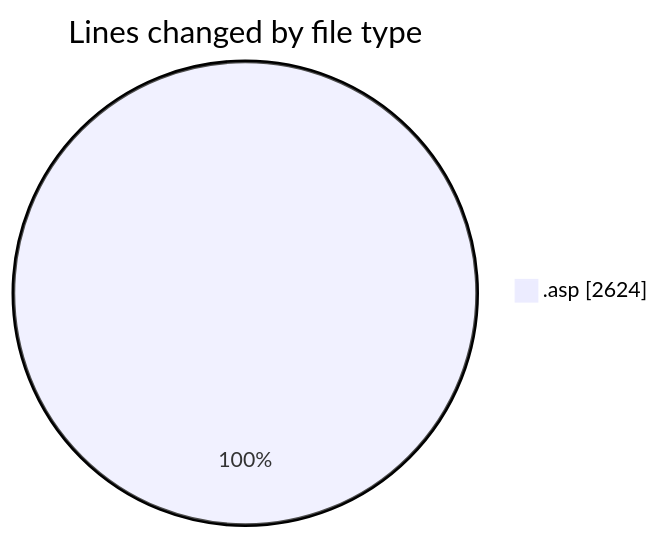
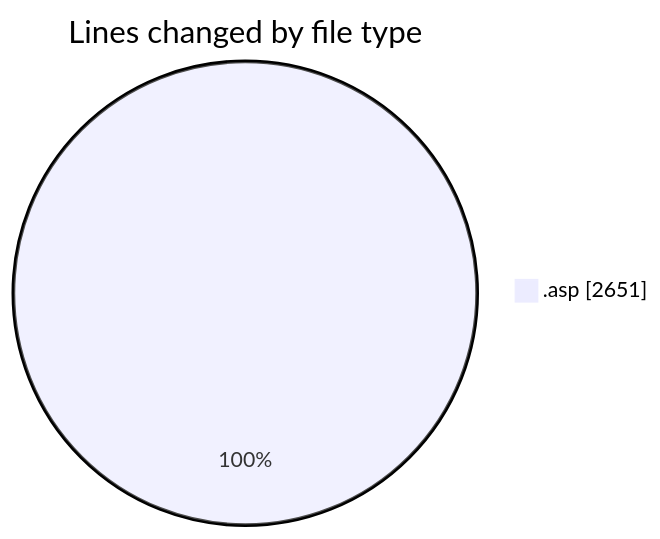
One commit to julien-gomy/code-tracking changed the first of 2 diagrams in 2025-10-31/cdp_aleoudev_fr__workspace_/README.md. Above: the diagram before and after it, drawn with Mermaid. The commit also changed other lines of this file and 1 other file, not shown here.

````diff
--- a/2025-10-31/cdp_aleoudev_fr__workspace_/README.md
+++ b/2025-10-31/cdp_aleoudev_fr__workspace_/README.md
@@ -21,5 +21,5 @@
 ```mermaid
 pie showData
 title Lines changed by file type
-".asp" : 2624
+".asp" : 2651
 ```
````
